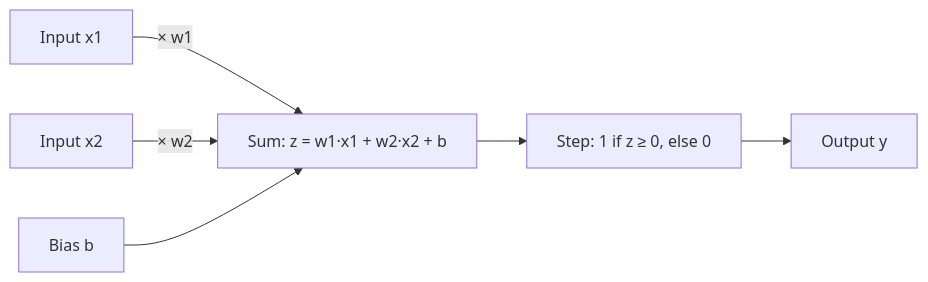
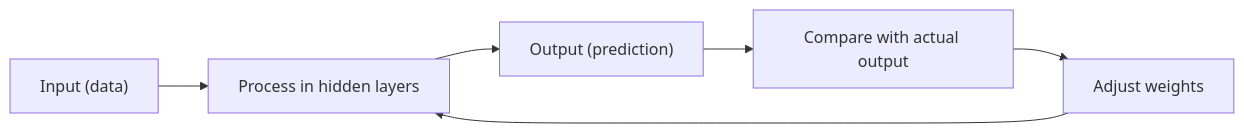
Before and after one commit to TrendySloth1001/sem-seven-notes: the second of 5 diagrams in content/deep-learning/notes/perceptron-mlp.mdx, drawn with Mermaid. The commit also changed other lines of this file and 168 other files, not shown here.

````diff
--- a/content/deep-learning/notes/perceptron-mlp.mdx
+++ b/content/deep-learning/notes/perceptron-mlp.mdx
@@ -129,9 +67,9 @@
 ```mermaid
-%% caption: Inside one perceptron. Each input is multiplied by its weight, everything is added with the bias, and the step function turns the total into 0 or 1.
+%% caption: The simple learning flow of a neural network: repeat until the error is minimum.
 flowchart LR
-  X1["Input x1"] -- "× w1" --> S["Sum: z = w1·x1 + w2·x2 + b"]
-  X2["Input x2"] -- "× w2" --> S
-  B["Bias b"] --> S
-  S --> T["Step: 1 if z ≥ 0, else 0"]
-  T --> Y["Output y"]
+  A["Input (data)"] --> B["Process in hidden layers"]
+  B --> C["Output (prediction)"]
+  C --> D["Compare with actual output"]
+  D --> E["Adjust weights"]
+  E --> B
 ```
````
